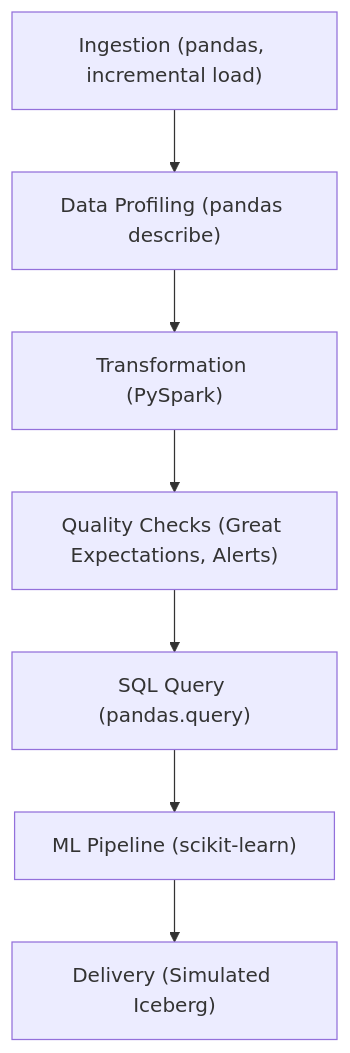
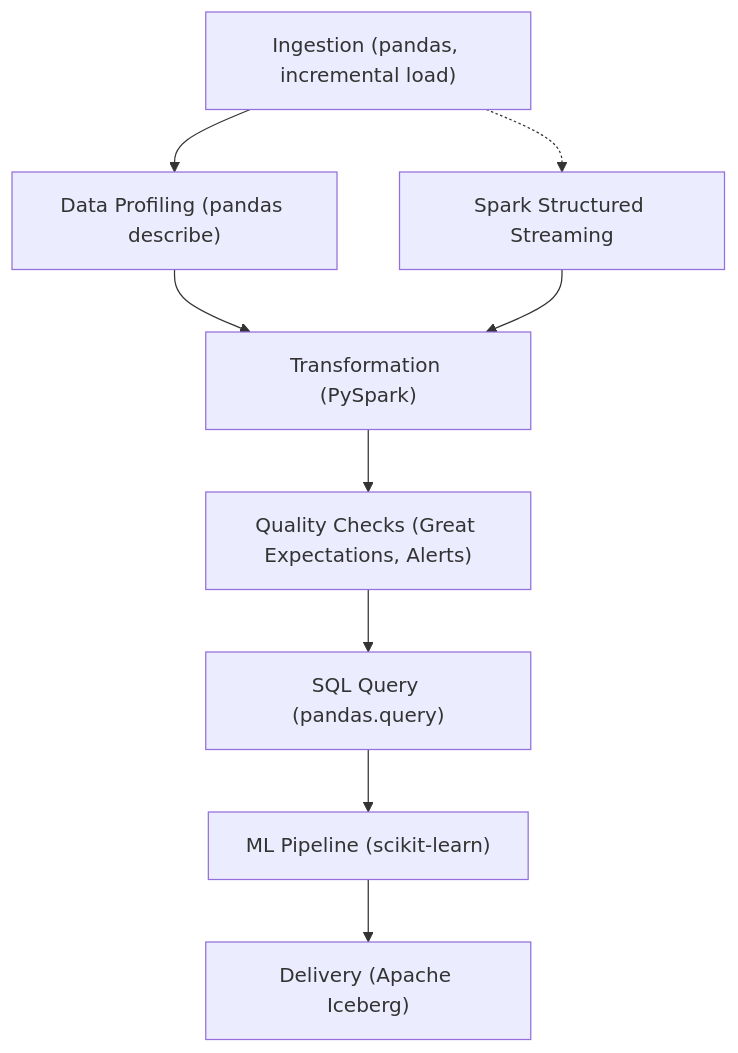
The diagram in README.md (justin-mbca/siri-ai-quality-engineering-pipeline), drawn with Mermaid before and after one commit. The commit also changed other lines of this file and 13 other files, not shown here.

````diff
--- a/README.md
+++ b/README.md
@@ -5,9 +5,11 @@
 ```mermaid
 flowchart TD
     A["Ingestion (pandas, incremental load)"] --> B["Data Profiling (pandas describe)"]
     B --> C["Transformation (PySpark)"]
     C --> D["Quality Checks (Great Expectations, Alerts)"]
     D --> E["SQL Query (pandas.query)"]
     E --> F["ML Pipeline (scikit-learn)"]
-    F --> G["Delivery (Simulated Iceberg)"]
+   F --> G["Delivery (Apache Iceberg)"]
+   A -.-> H[Spark Structured Streaming]
+   H --> C
 ```
````
